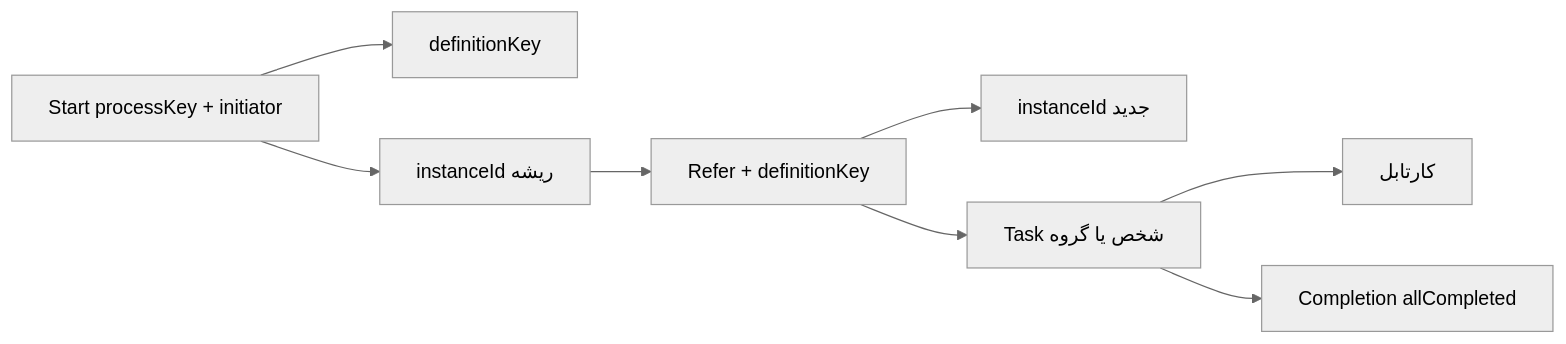
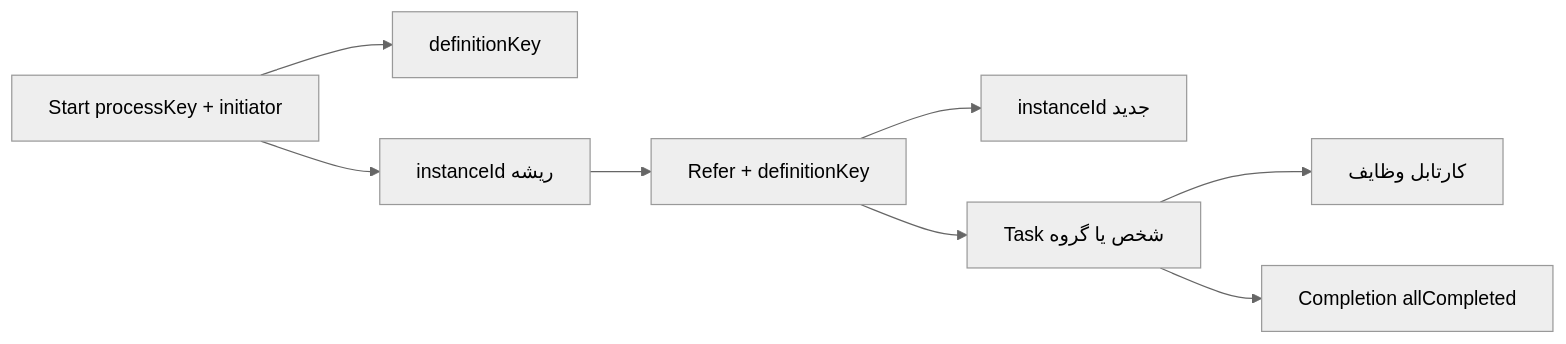
One commit to mortenaho/WorkFlowEngine changed the first of 2 diagrams in docs/architecture.md. Above: the diagram before and after it, drawn with Mermaid (neutral theme). The commit also changed other lines of this file and 4 other files, not shown here.

Commit message:
Update documentation across README, architecture, database, and usage files to enhance clarity and consistency. Revise terminology, improve descriptions of workflow processes, and provide detailed examples for service interactions. Adjust formatting for better readability and multilingual support.

````diff
--- a/docs/architecture.md
+++ b/docs/architecture.md
@@ -84,11 +84,11 @@
 ```mermaid
 flowchart LR
   start[Start processKey + initiator]
   start --> def[definitionKey]
   start --> root[instanceId ریشه]
   root --> refer[Refer + definitionKey]
   refer --> child[instanceId جدید]
   refer --> tasks[Task شخص یا گروه]
-  tasks --> inbox[کارتابل]
+  tasks --> inbox[کارتابل وظایف]
   tasks --> done[Completion allCompleted]
 ```
````
